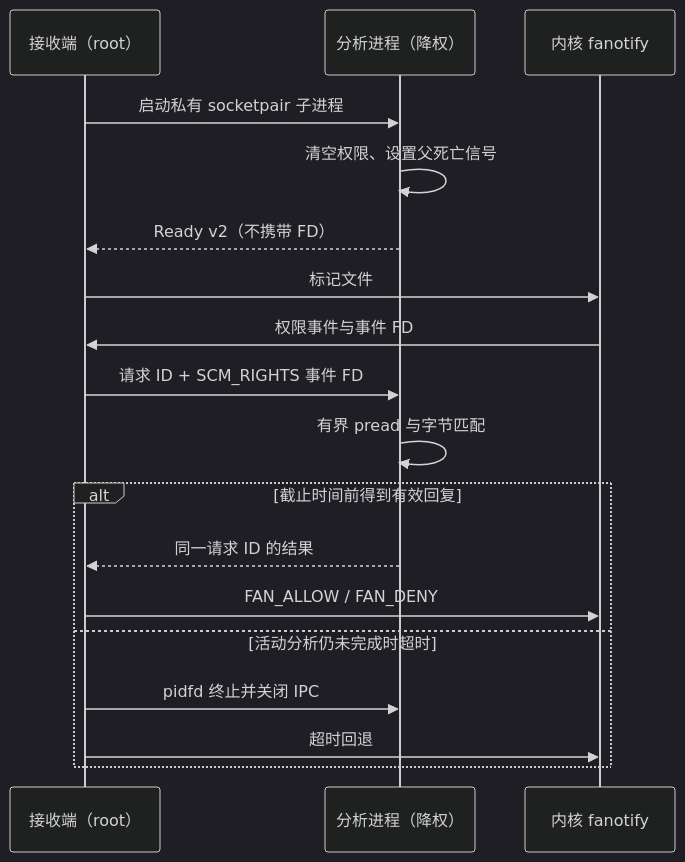
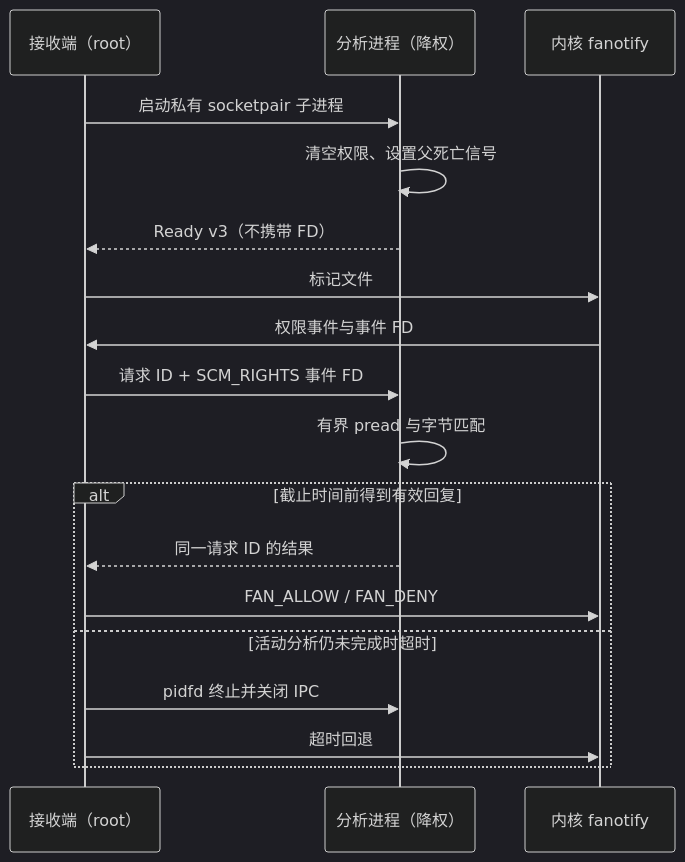
Before and after one commit to once512/SysMon-eBPF: the diagram in docs/ANALYSIS_WORKER.md, drawn with Mermaid (dark theme). The commit also changed other lines of this file and 4 other files, not shown here.

````diff
--- a/docs/ANALYSIS_WORKER.md
+++ b/docs/ANALYSIS_WORKER.md
@@ -58,20 +58,20 @@
 ```mermaid
 sequenceDiagram
     participant G as 接收端（root）
     participant W as 分析进程（降权）
     participant K as 内核 fanotify
     G->>W: 启动私有 socketpair 子进程
     W->>W: 清空权限、设置父死亡信号
-    W-->>G: Ready v2（不携带 FD）
+    W-->>G: Ready v3（不携带 FD）
     G->>K: 标记文件
     K->>G: 权限事件与事件 FD
     G->>W: 请求 ID + SCM_RIGHTS 事件 FD
     W->>W: 有界 pread 与字节匹配
     alt 截止时间前得到有效回复
         W-->>G: 同一请求 ID 的结果
         G->>K: FAN_ALLOW / FAN_DENY
     else 活动分析仍未完成时超时
         G->>W: pidfd 终止并关闭 IPC
         G->>K: 超时回退
     end
 ```
````
